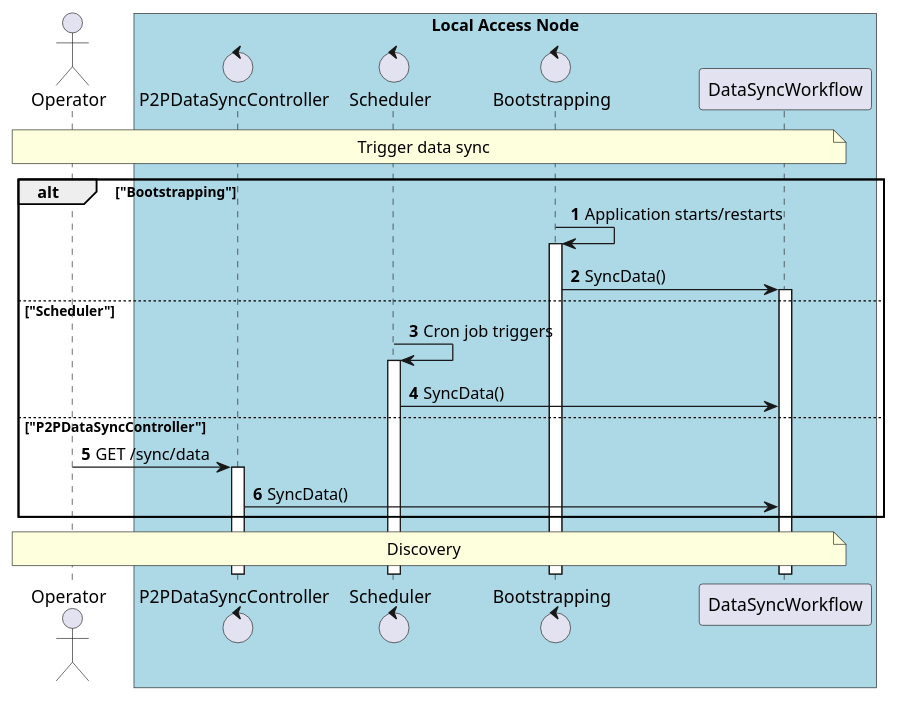
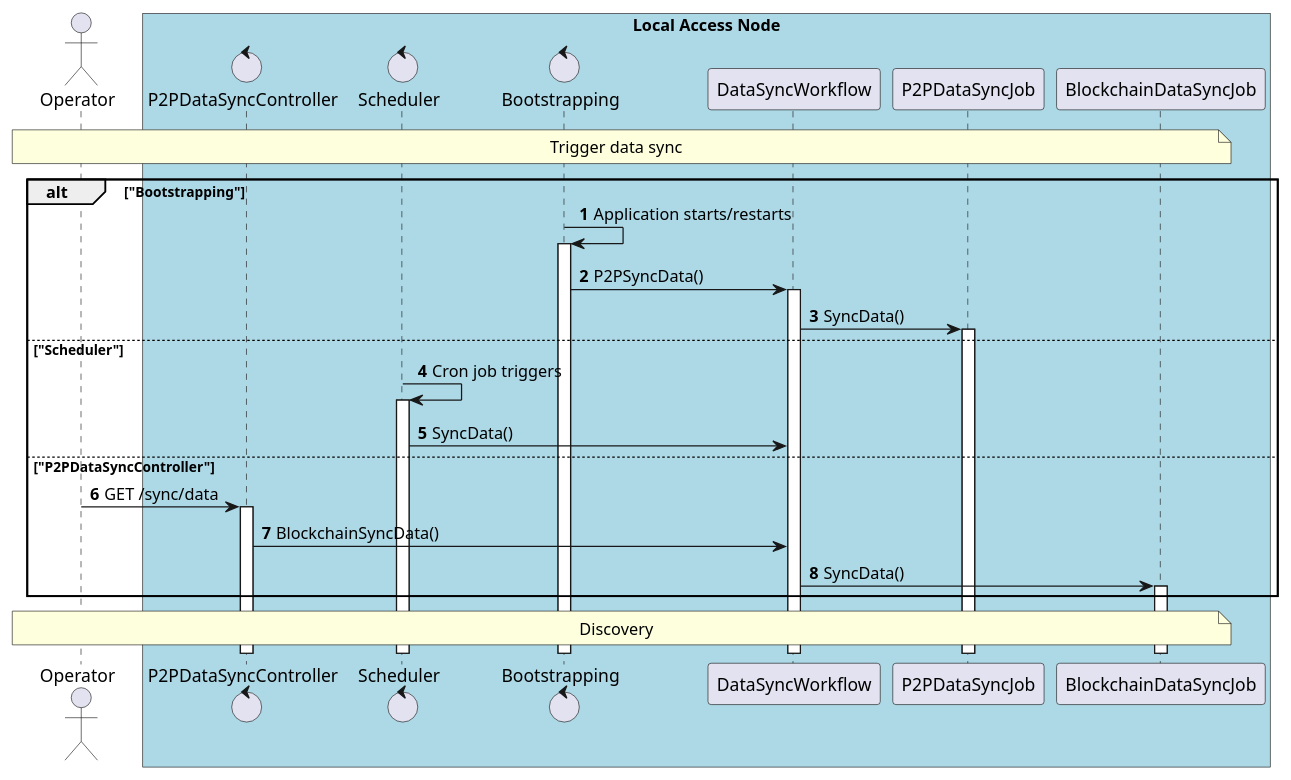
Before and after one commit to in2workspace/in2-guides: the diagram in desmos-tech-doc/diagrams/use-case-data-synchronization-1-triggering.puml, drawn with PlantUML. The commit also changed 1 other file, not shown here.

Commit message:
fix(data-syncronization): add jobs to use case 1

```diff
--- a/desmos-tech-doc/diagrams/use-case-data-synchronization-1-triggering.puml
+++ b/desmos-tech-doc/diagrams/use-case-data-synchronization-1-triggering.puml
@@ -1,39 +1,43 @@
 @startuml
 'https://plantuml.com/sequence-diagram
 
 autonumber
 skinparam BoxPadding 10
 
 ' -------------------- Headers -------------------- '
 
 actor "Operator" as operator
 
 box "Local Access Node" #LightBlue
     control "P2PDataSyncController" as p2p_data_sync_controller_workflow
     control "Scheduler" as scheduler
     control "Bootstrapping" as bootstrapping
     participant "DataSyncWorkflow" as data_sync_workflow
+    participant "P2PDataSyncJob" as p2p_data_sync_job
+    participant "BlockchainDataSyncJob" as blockchain_data_sync_job
 end box
 
 ' -------------------- Diagram -------------------- '
 
-note over operator, data_sync_workflow
+note over operator, blockchain_data_sync_job
     Trigger data sync
 end note
 
 alt "Bootstrapping"
     bootstrapping -> bootstrapping++: Application starts/restarts
-    bootstrapping -> data_sync_workflow++: SyncData()
+    bootstrapping -> data_sync_workflow++: P2PSyncData()
+    data_sync_workflow -> p2p_data_sync_job++: SyncData()
 else "Scheduler"
     scheduler -> scheduler++: Cron job triggers
     scheduler -> data_sync_workflow: SyncData()
 else "P2PDataSyncController"
     operator -> p2p_data_sync_controller_workflow++: GET /sync/data
-    p2p_data_sync_controller_workflow -> data_sync_workflow: SyncData()
+    p2p_data_sync_controller_workflow -> data_sync_workflow: BlockchainSyncData()
+    data_sync_workflow -> blockchain_data_sync_job++: SyncData()
 end
 
-note over operator, data_sync_workflow
+note over operator, blockchain_data_sync_job
     Discovery
 end note
 
 @enduml
```
